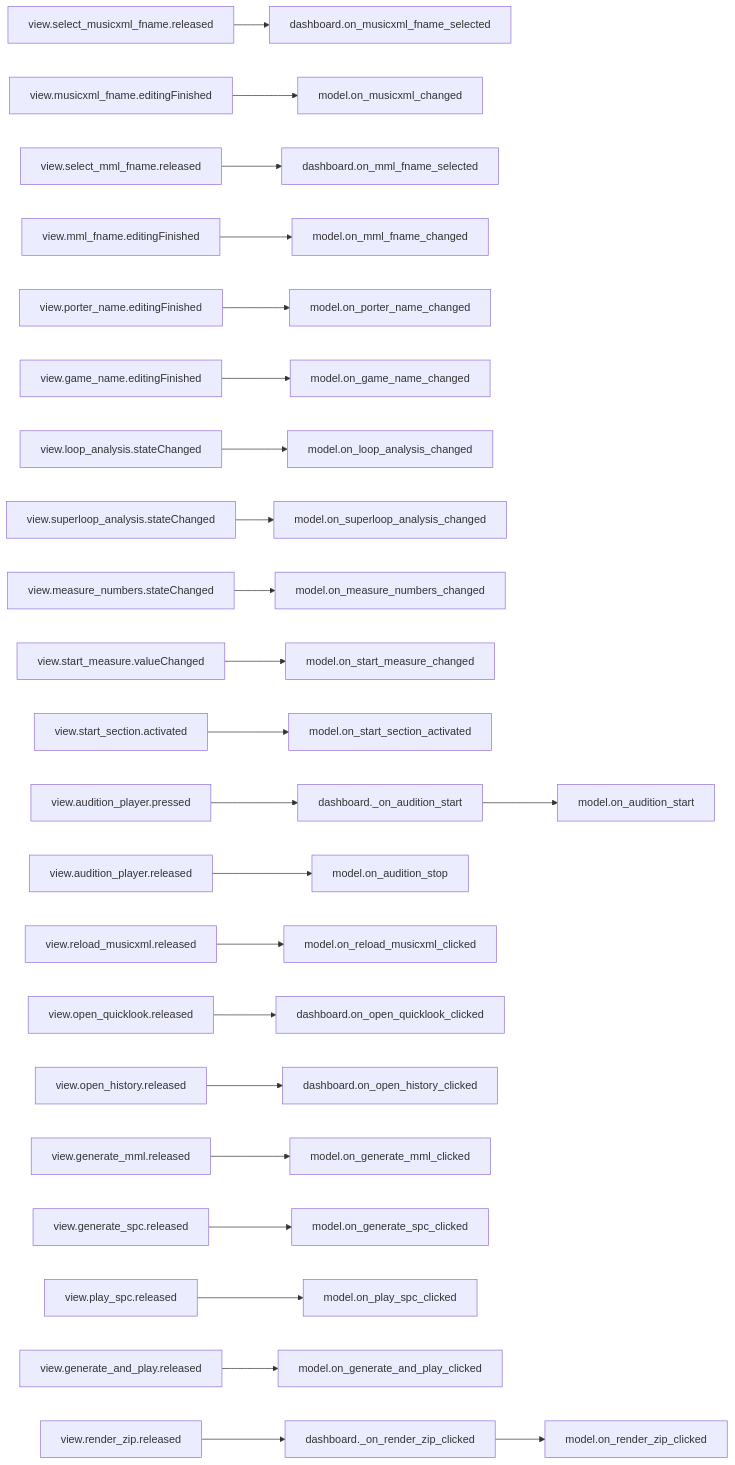
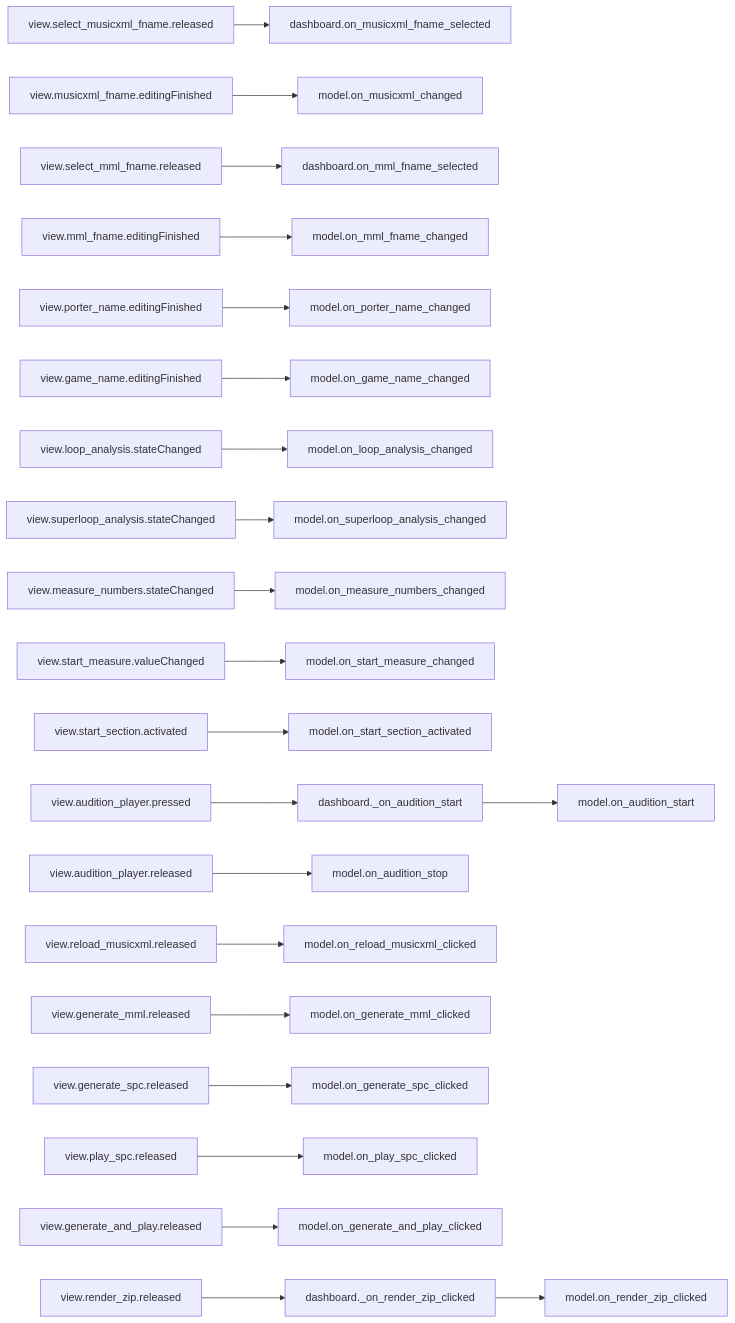
One commit to com-posers-pit/smw_music changed the third of 10 diagrams in doc/source/dashboard_signal_slot_map.rst. Above: the diagram before and after it, drawn with Mermaid. The commit also changed other lines of this file and 4 other files, not shown here.

First line of the commit message:
Make history and quicklook top-level UI elements

```diff
--- a/doc/source/dashboard_signal_slot_map.rst
+++ b/doc/source/dashboard_signal_slot_map.rst
@@ -61,24 +60,22 @@
 .. mermaid::
 
    flowchart LR
       view.select_musicxml_fname.released --> dashboard.on_musicxml_fname_selected
       view.musicxml_fname.editingFinished --> model.on_musicxml_changed
       view.select_mml_fname.released --> dashboard.on_mml_fname_selected
       view.mml_fname.editingFinished --> model.on_mml_fname_changed
       view.porter_name.editingFinished --> model.on_porter_name_changed
       view.game_name.editingFinished --> model.on_game_name_changed
       view.loop_analysis.stateChanged --> model.on_loop_analysis_changed
       view.superloop_analysis.stateChanged --> model.on_superloop_analysis_changed
       view.measure_numbers.stateChanged --> model.on_measure_numbers_changed
       view.start_measure.valueChanged --> model.on_start_measure_changed
       view.start_section.activated --> model.on_start_section_activated
       view.audition_player.pressed --> dashboard._on_audition_start --> model.on_audition_start
       view.audition_player.released --> model.on_audition_stop
       view.reload_musicxml.released --> model.on_reload_musicxml_clicked
-      view.open_quicklook.released --> dashboard.on_open_quicklook_clicked
-      view.open_history.released --> dashboard.on_open_history_clicked
       view.generate_mml.released --> model.on_generate_mml_clicked
       view.generate_spc.released --> model.on_generate_spc_clicked
       view.play_spc.released --> model.on_play_spc_clicked
       view.generate_and_play.released --> model.on_generate_and_play_clicked
       view.render_zip.released --> dashboard._on_render_zip_clicked --> model.on_render_zip_clicked
```
